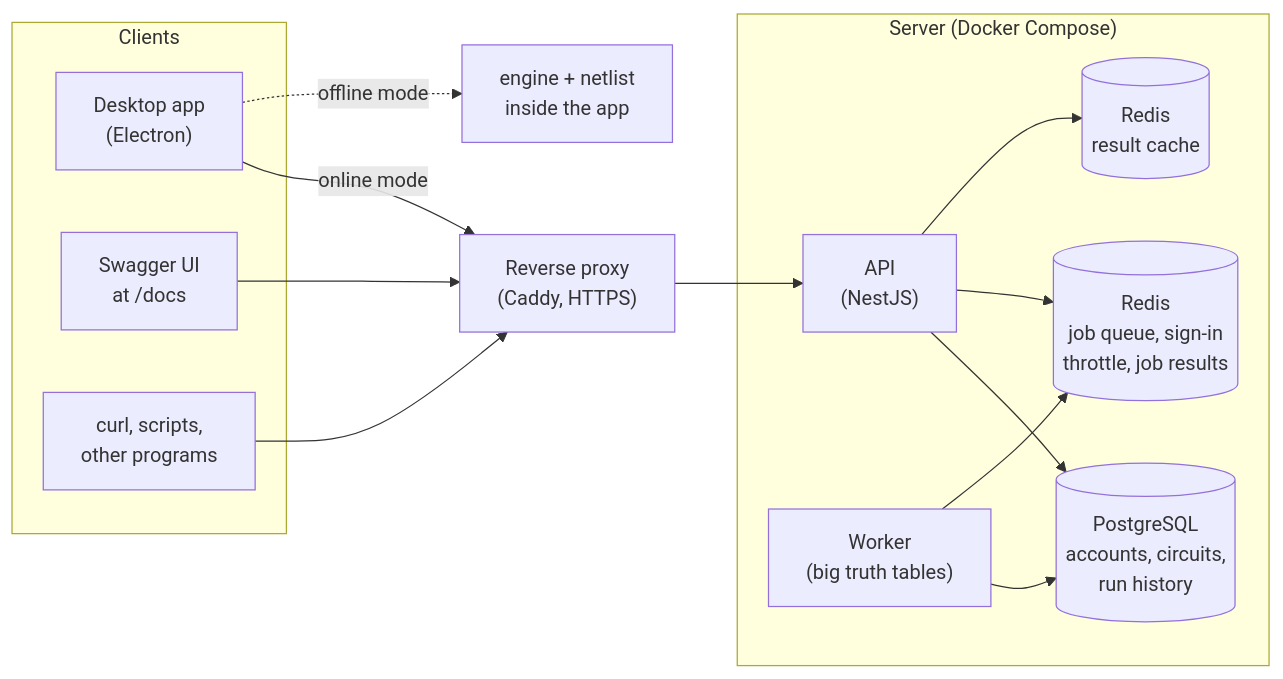
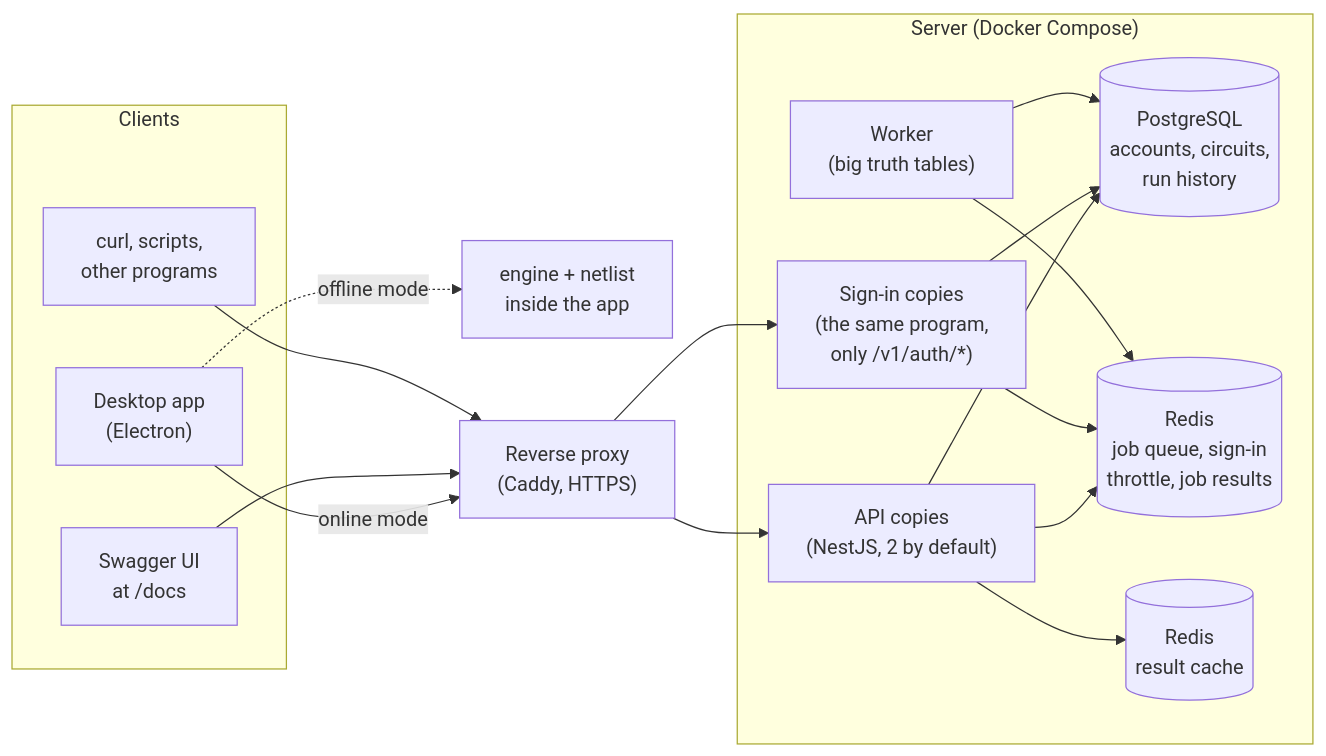
Before and after one commit to Nameless770/CircuitLab: the diagram in README.md, drawn with Mermaid. The commit also changed other lines of this file and 15 other files, not shown here.

````diff
--- a/README.md
+++ b/README.md
@@ -77,30 +77,34 @@
 ```mermaid
 flowchart LR
     subgraph clients["Clients"]
         desktop["Desktop app<br/>(Electron)"]
         swagger["Swagger UI<br/>at /docs"]
         tools["curl, scripts,<br/>other programs"]
     end
 
     offline["engine + netlist<br/>inside the app"]
     proxy["Reverse proxy<br/>(Caddy, HTTPS)"]
 
     subgraph server["Server (Docker Compose)"]
-        api["API<br/>(NestJS)"]
+        api["API copies<br/>(NestJS, 2 by default)"]
+        auth["Sign-in copies<br/>(the same program,<br/>only /v1/auth/*)"]
         worker["Worker<br/>(big truth tables)"]
         pg[("PostgreSQL<br/>accounts, circuits,<br/>run history")]
         redis[("Redis<br/>job queue, sign-in<br/>throttle, job results")]
         cache[("Redis<br/>result cache")]
     end
 
     desktop -- "online mode" --> proxy
     desktop -. "offline mode" .-> offline
     swagger --> proxy
     tools --> proxy
     proxy --> api
+    proxy --> auth
     api --> pg
     api --> redis
     api --> cache
+    auth --> pg
+    auth --> redis
     worker --> pg
     worker --> redis
 ```
````
